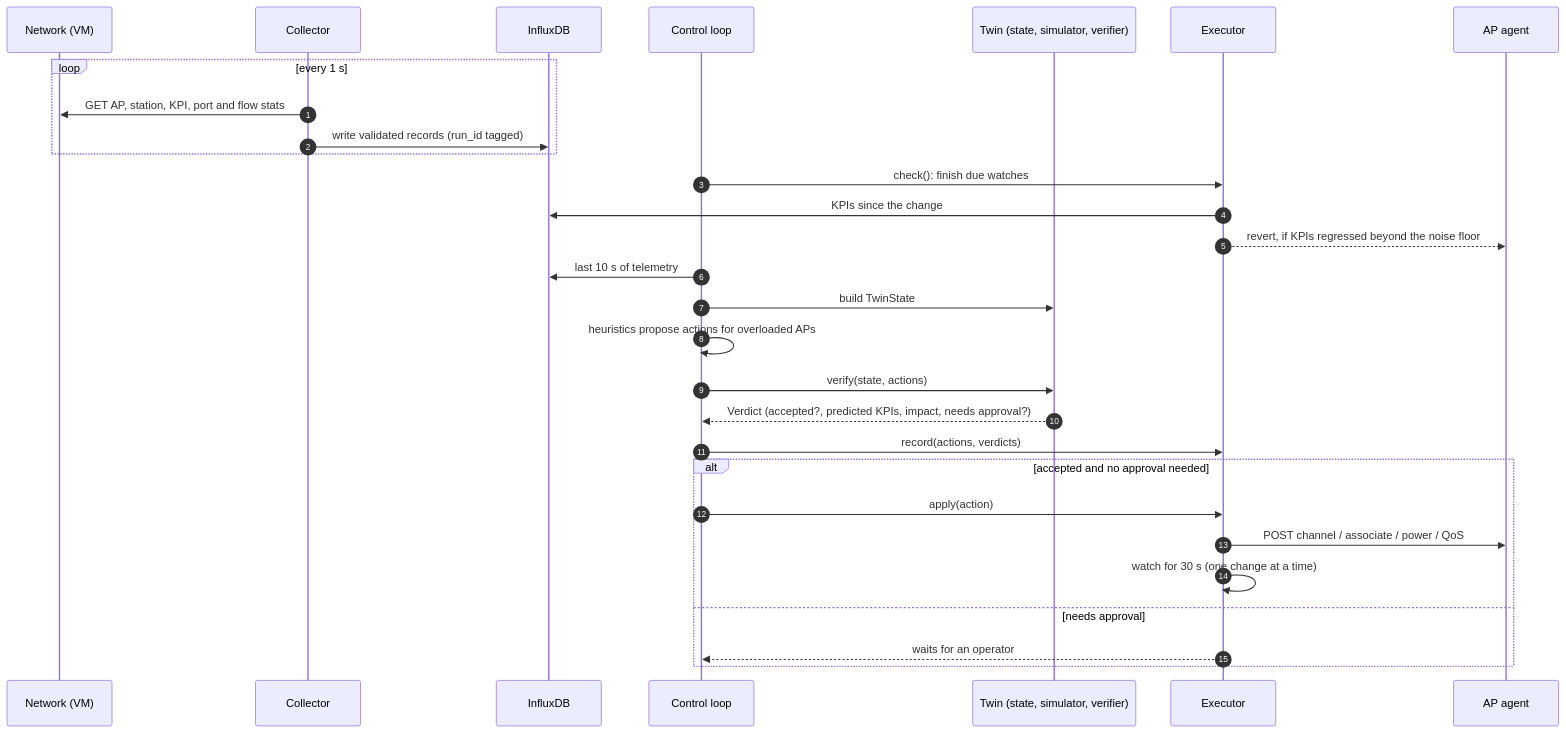
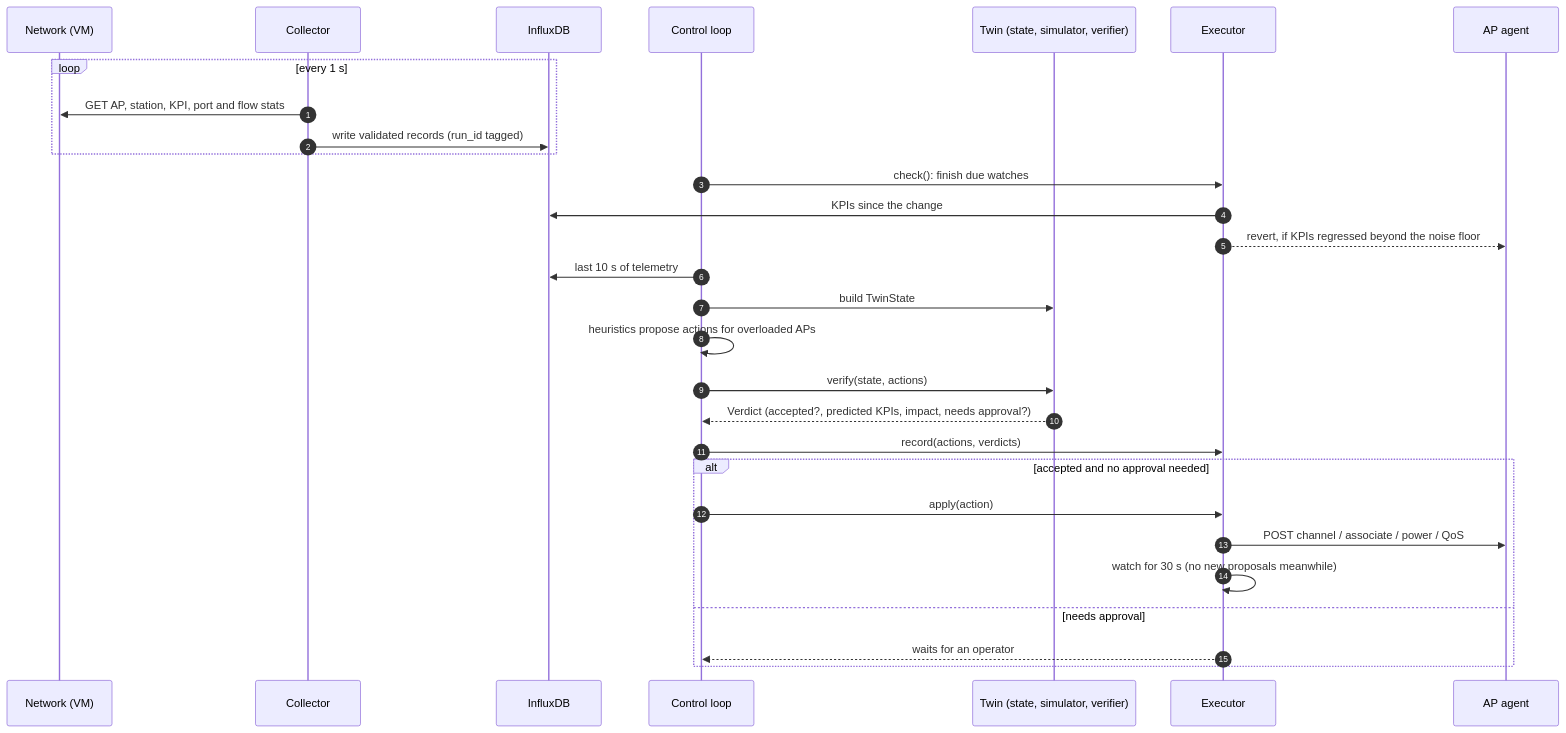
Before and after one commit to AggimallaAbhishek/Digital-Twin-SDN: the second of 3 diagrams in docs/report/03_architecture.md, drawn with Mermaid. The commit also changed other lines of this file and 21 other files, not shown here.

````diff
--- a/docs/report/03_architecture.md
+++ b/docs/report/03_architecture.md
@@ -101,32 +101,32 @@
 ```mermaid
 sequenceDiagram
     autonumber
     participant N as Network (VM)
     participant C as Collector
     participant DB as InfluxDB
     participant L as Control loop
     participant T as Twin (state, simulator, verifier)
     participant X as Executor
     participant A as AP agent
 
     loop every 1 s
         C->>N: GET AP, station, KPI, port and flow stats
         C->>DB: write validated records (run_id tagged)
     end
     L->>X: check(): finish due watches
     X->>DB: KPIs since the change
     X-->>A: revert, if KPIs regressed beyond the noise floor
     L->>DB: last 10 s of telemetry
     L->>T: build TwinState
     L->>L: heuristics propose actions for overloaded APs
     L->>T: verify(state, actions)
     T-->>L: Verdict (accepted?, predicted KPIs, impact, needs approval?)
     L->>X: record(actions, verdicts)
     alt accepted and no approval needed
         L->>X: apply(action)
         X->>A: POST channel / associate / power / QoS
-        X->>X: watch for 30 s (one change at a time)
+        X->>X: watch for 30 s (no new proposals meanwhile)
     else needs approval
         X-->>L: waits for an operator
     end
 ```
````
